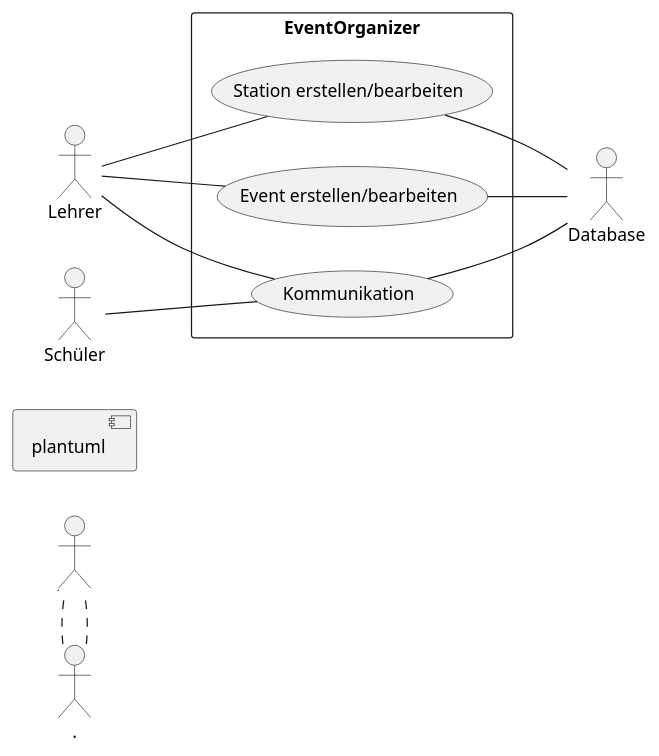
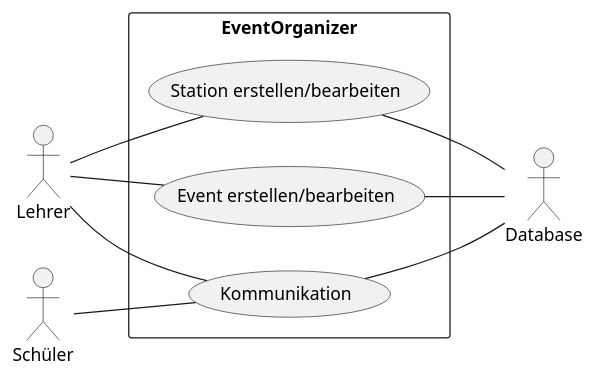
The diagram in usecasediagramm.puml (1920-3ahif-syp/01-project-prposal-EminaSljivic), drawn with PlantUML before and after one commit.

```diff
--- a/usecasediagramm.puml
+++ b/usecasediagramm.puml
@@ -1,16 +1,15 @@
-[plantuml]
-....
+@startuml
 left to right direction
 actor Lehrer
 actor Database
 actor Schüler
 rectangle EventOrganizer{
     Lehrer -- (Station erstellen/bearbeiten)
     (Station erstellen/bearbeiten) -- Database
     Lehrer -- (Event erstellen/bearbeiten)
     (Event erstellen/bearbeiten) -- Database
     Schüler -- (Kommunikation)
     Lehrer -- (Kommunikation)
     Database -- (Kommunikation)
 }
-....
+@enduml
```
